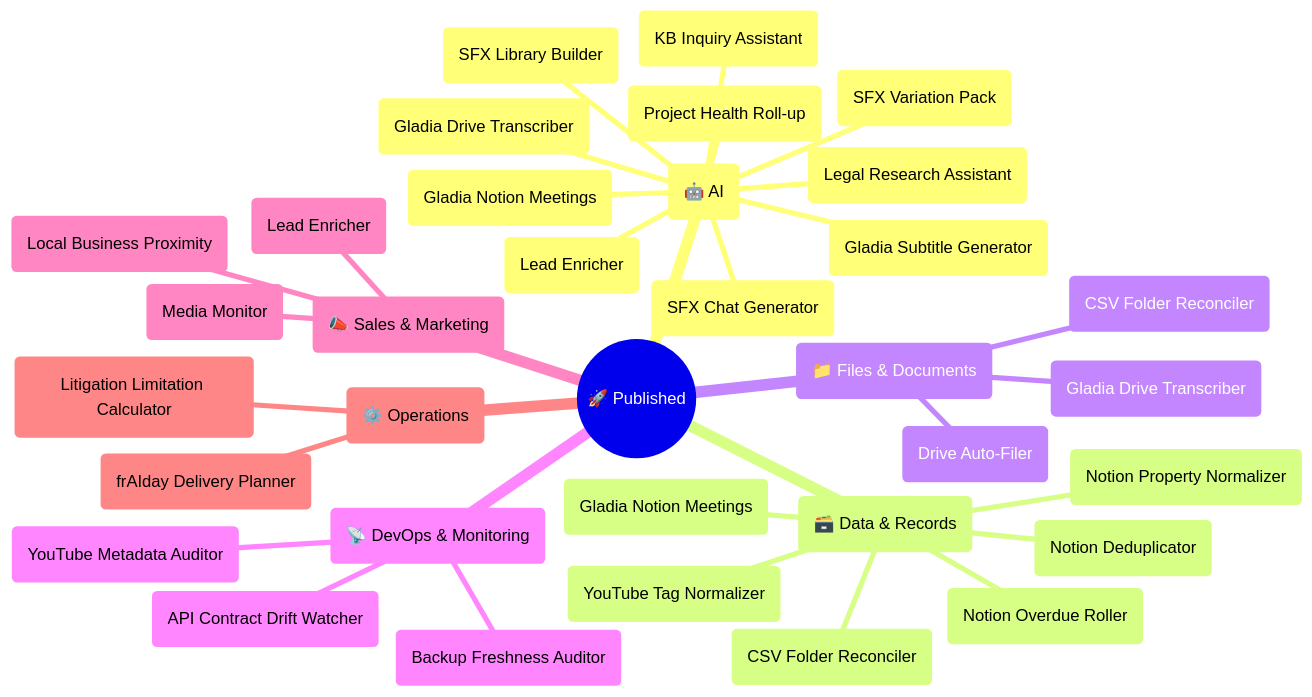
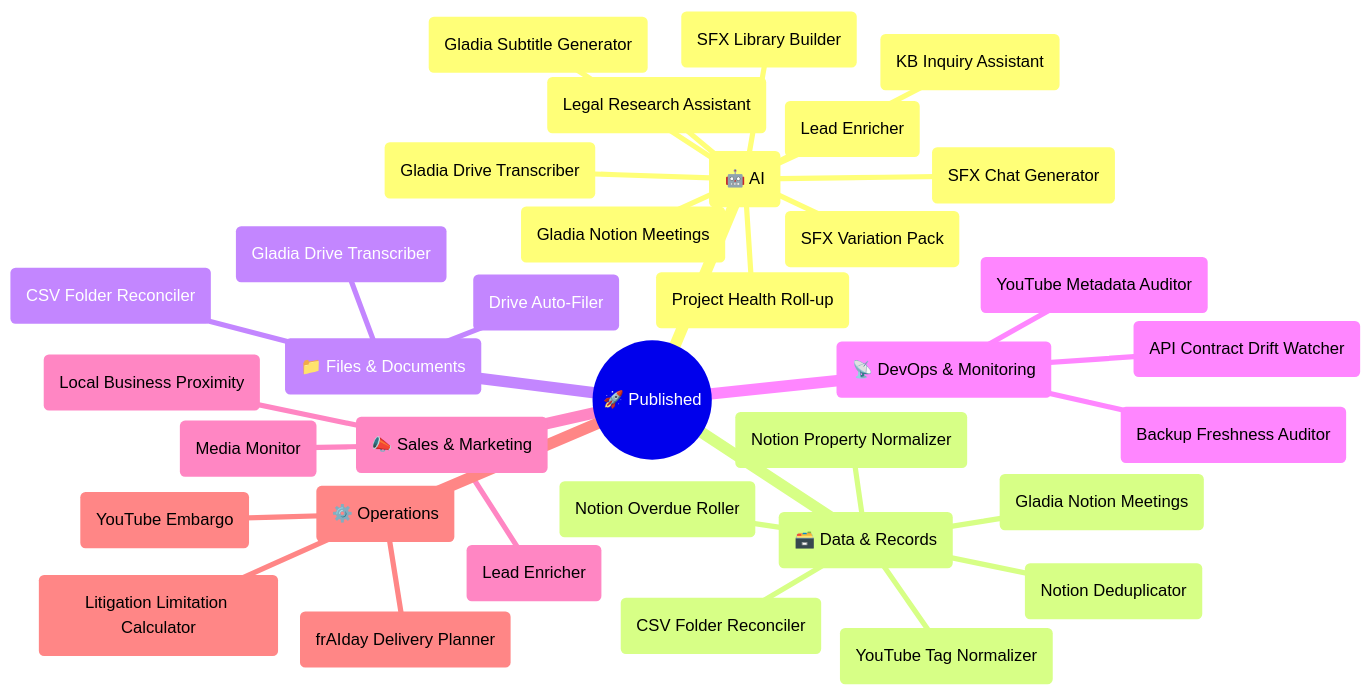
Before and after one commit to exekyute/n8n-exekyute-templates: the diagram in README.md, drawn with Mermaid. The commit also changed other lines of this file and 4 other files, not shown here.

First line of the commit message:
Promote YouTube Embargo to published (#62)

````diff
--- a/README.md
+++ b/README.md
@@ -9,37 +9,38 @@
 ```mermaid
 mindmap
   root((🚀 Published))
     (🤖 AI)
       (KB Inquiry Assistant)
       (Legal Research Assistant)
       (SFX Chat Generator)
       (SFX Variation Pack)
       (SFX Library Builder)
       (Gladia Drive Transcriber)
       (Gladia Notion Meetings)
       (Lead Enricher)
       (Gladia Subtitle Generator)
       (Project Health Roll-up)
     (🗃️ Data & Records)
       (Notion Deduplicator)
       (Notion Overdue Roller)
       (Notion Property Normalizer)
       (Gladia Notion Meetings)
       (CSV Folder Reconciler)
       (YouTube Tag Normalizer)
     (📁 Files & Documents)
       (CSV Folder Reconciler)
       (Drive Auto-Filer)
       (Gladia Drive Transcriber)
     (📡 DevOps & Monitoring)
       (API Contract Drift Watcher)
       (Backup Freshness Auditor)
       (YouTube Metadata Auditor)
     (📣 Sales & Marketing)
       (Lead Enricher)
       (Media Monitor)
       (Local Business Proximity)
     (⚙️ Operations)
       (frAIday Delivery Planner)
       (Litigation Limitation Calculator)
+      (YouTube Embargo)
 ```
````
